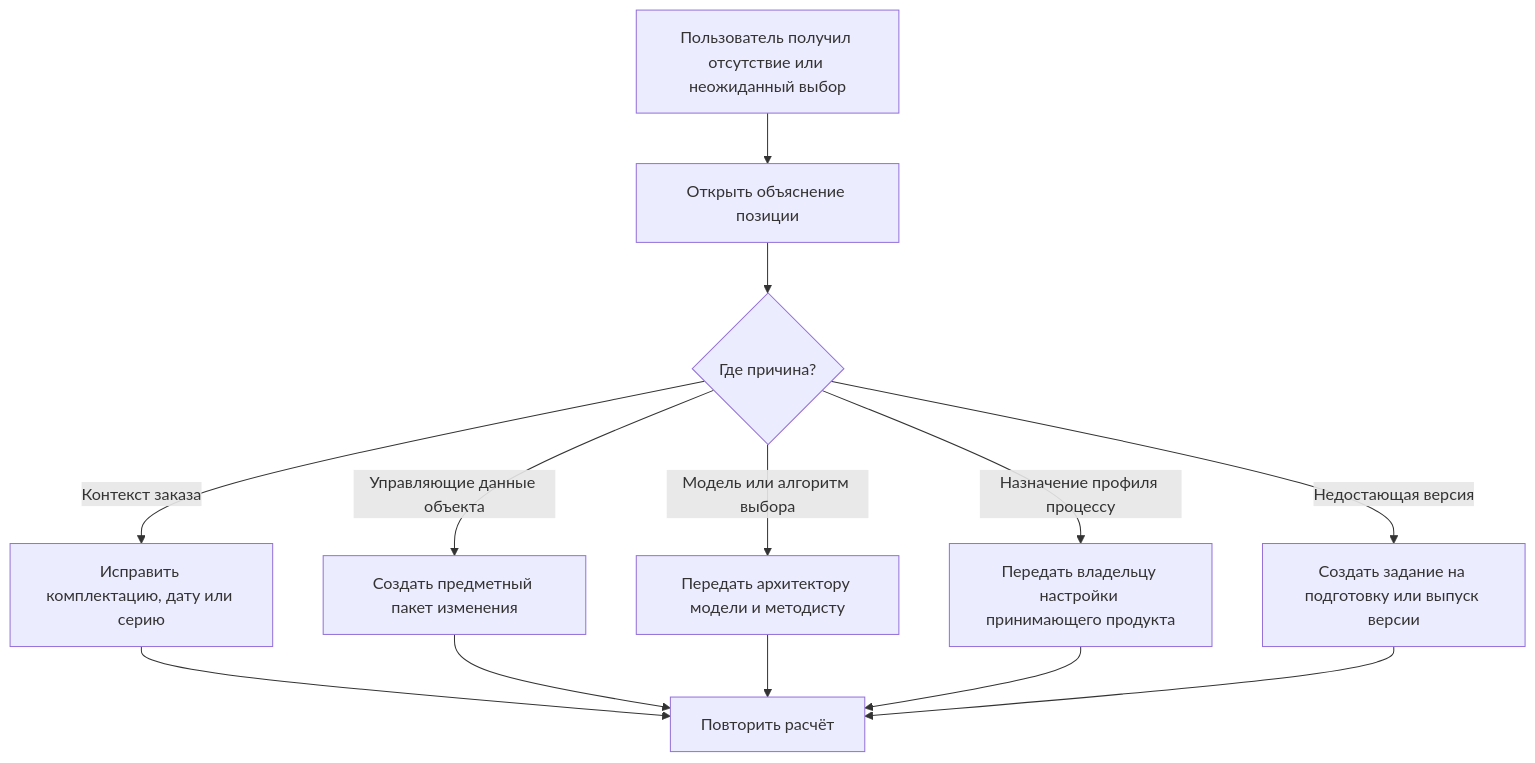
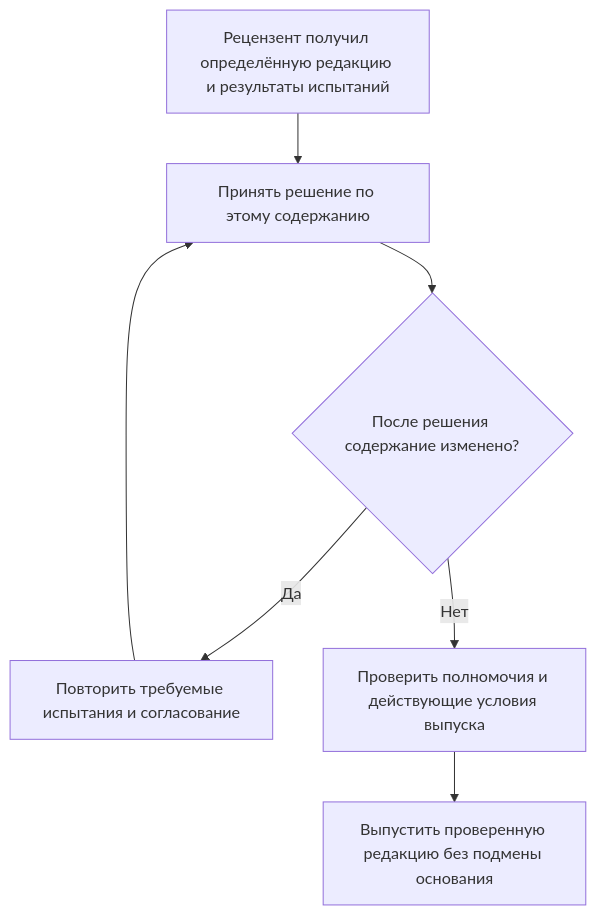
Before and after one commit to ZelAnton/Interlink-product-book: the second of 2 diagrams in docs/version-selection/19-selection-rule-lifecycle.md, drawn with Mermaid. The commit also changed other lines of this file and 231 other files, not shown here.

````diff
--- a/docs/version-selection/19-selection-rule-lifecycle.md
+++ b/docs/version-selection/19-selection-rule-lifecycle.md
@@ -213,15 +46,9 @@
 ```mermaid
 flowchart TD
-    A["Пользователь получил отсутствие или неожиданный выбор"] --> B["Открыть объяснение позиции"]
-    B --> C{"Где причина?"}
-    C -->|"Контекст заказа"| D["Исправить комплектацию, дату или серию"]
-    C -->|"Управляющие данные объекта"| E["Создать предметный пакет изменения"]
-    C -->|"Модель или алгоритм выбора"| F["Передать архитектору модели и методисту"]
-    C -->|"Назначение профиля процессу"| I["Передать владельцу настройки принимающего продукта"]
-    C -->|"Недостающая версия"| G["Создать задание на подготовку или выпуск версии"]
-    D --> H["Повторить расчёт"]
-    E --> H
-    F --> H
-    I --> H
-    G --> H
+    A["Рецензент получил определённую редакцию и результаты испытаний"] --> B["Принять решение по этому содержанию"]
+    B --> C{"После решения содержание изменено?"}
+    C -->|Да| D["Повторить требуемые испытания и согласование"]
+    C -->|Нет| E["Проверить полномочия и действующие условия выпуска"]
+    D --> B
+    E --> F["Выпустить проверенную редакцию без подмены основания"]
 ```
````
